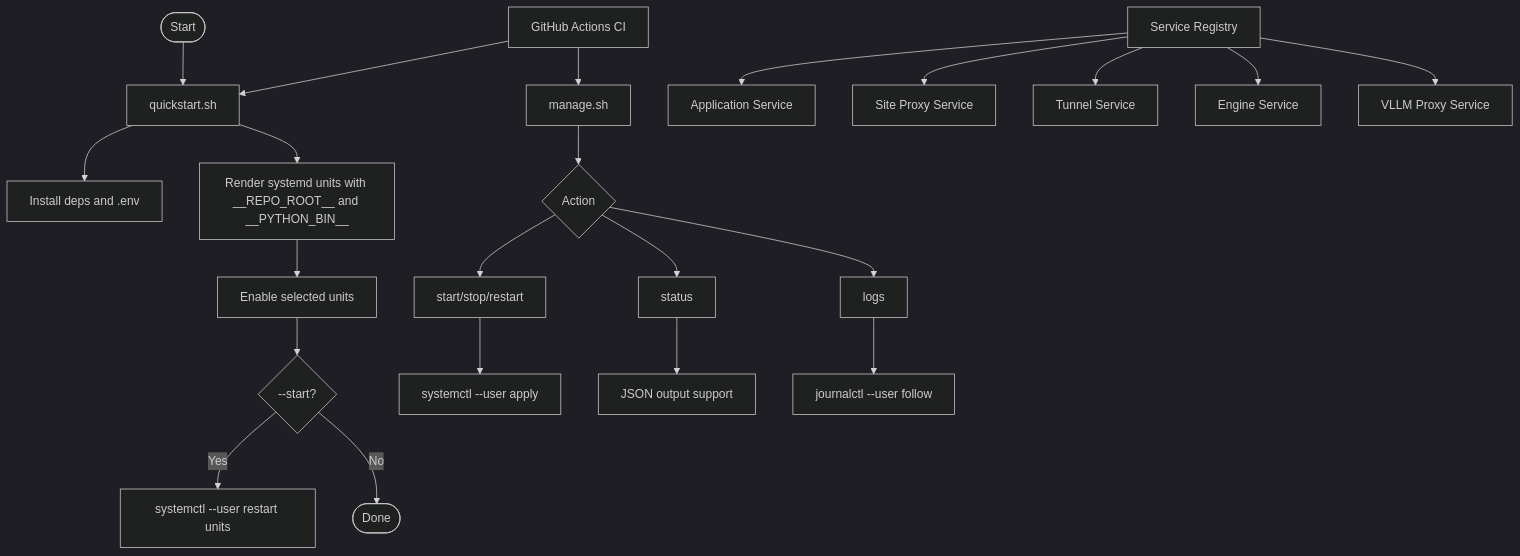
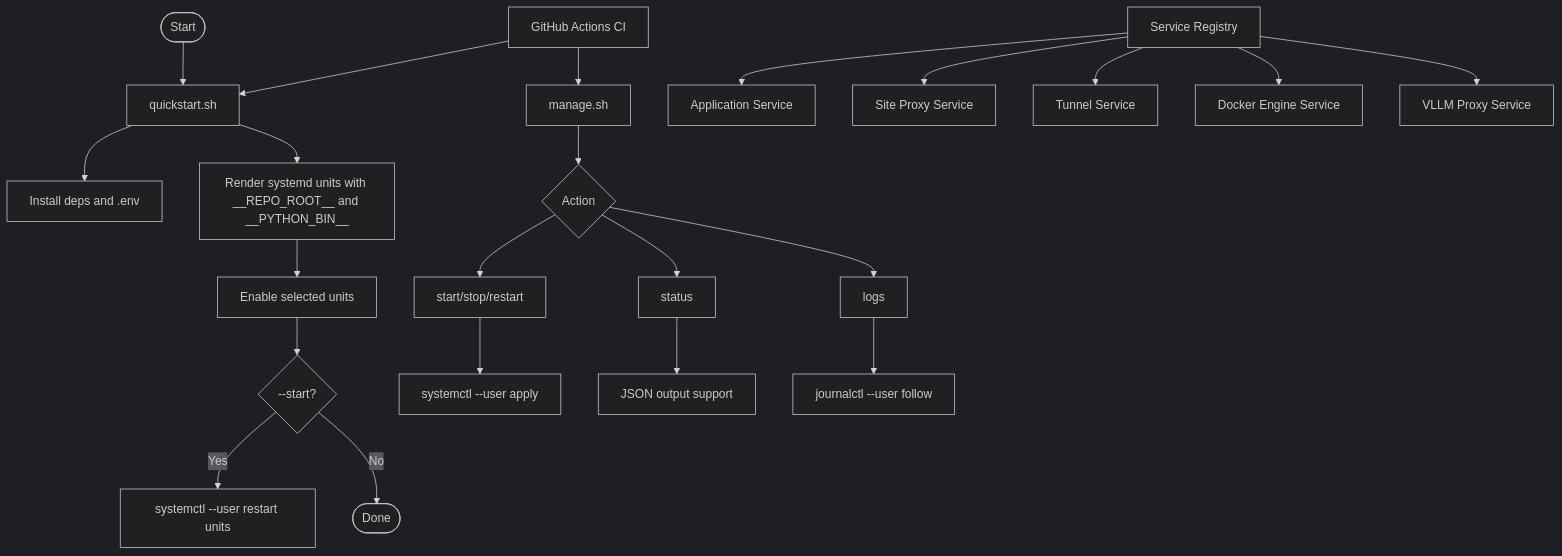
The eighth of 9 diagrams in .qoder/repowiki/en/content/Deployment and Operations/Deployment and Operations.md (intellistream/sage-mate), drawn with Mermaid (dark theme) before and after one commit. The commit also changed other lines of this file and 136 other files, not shown here.

First line of the commit message:
chore: source updates, bidirectional link graph, data and repowiki refresh

````diff
--- a/.qoder/repowiki/en/content/Deployment and Operations/Deployment and Operations.md
+++ b/.qoder/repowiki/en/content/Deployment and Operations/Deployment and Operations.md
@@ -390,24 +428,24 @@
 ```mermaid
 flowchart TD
 Start([Start]) --> QS["quickstart.sh"]
 QS --> DEPS["Install deps and .env"]
 QS --> RENDER["Render systemd units with __REPO_ROOT__ and __PYTHON_BIN__"]
 RENDER --> ENABLE["Enable selected units"]
 ENABLE --> ACTION{"--start?"}
 ACTION --> |Yes| START["systemctl --user restart units"]
 ACTION --> |No| DONE([Done])
 MNG["manage.sh"] --> ACTION2{"Action"}
 ACTION2 --> STATUS["status"]
 ACTION2 --> START2["start/stop/restart"]
 ACTION2 --> LOGS["logs"]
 START2 --> APPLY["systemctl --user apply"]
 STATUS --> JSON["JSON output support"]
 LOGS --> JOURNAL["journalctl --user follow"]
 ALL["Service Registry"] --> APP["Application Service"]
 ALL --> SITE["Site Proxy Service"]
 ALL --> TUN["Tunnel Service"]
-ALL --> ENGINE["Engine Service"]
+ALL --> ENGINE["Docker Engine Service"]
 ALL --> VPXY["VLLM Proxy Service"]
 CI["GitHub Actions CI"] --> QS
 CI --> MNG
 ```
````
